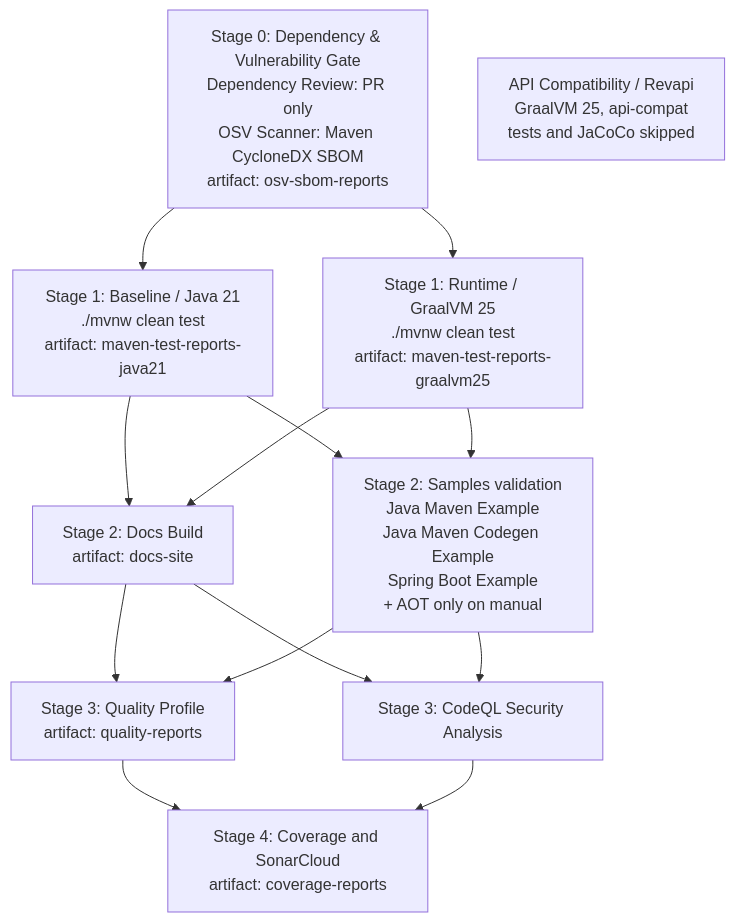
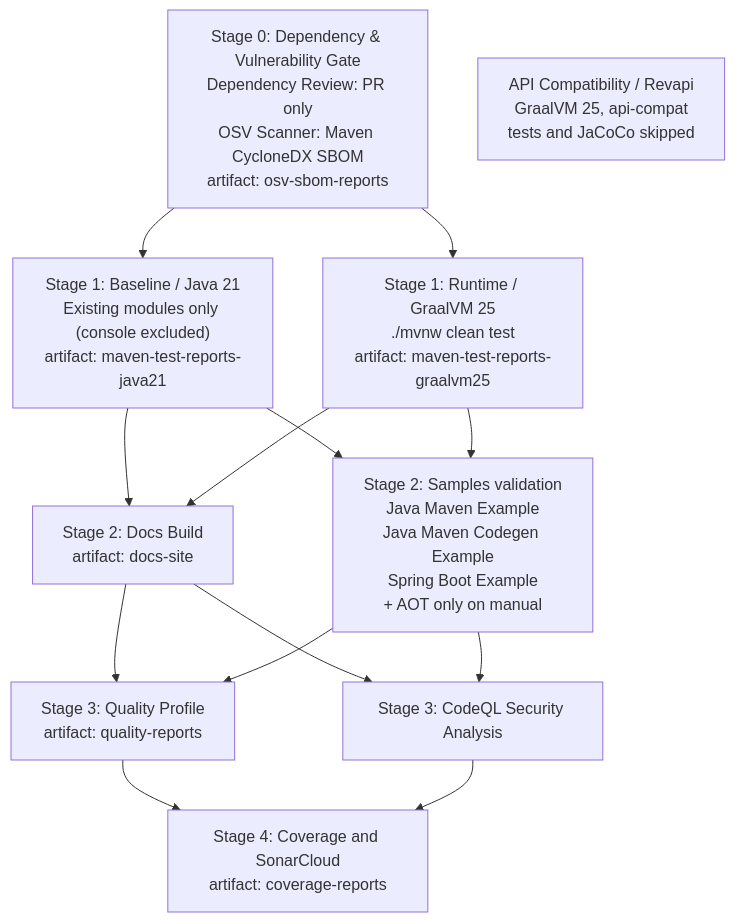
Before and after one commit to ih0r-d/polyglot-platform: the diagram in docs/developer-tooling.md, drawn with Mermaid. The commit also changed other lines of this file and 34 other files, not shown here.

````diff
--- a/docs/developer-tooling.md
+++ b/docs/developer-tooling.md
@@ -224,35 +230,35 @@
 ```mermaid
 flowchart TD
     DG["Stage 0: Dependency & Vulnerability Gate<br/>Dependency Review: PR only<br/>OSV Scanner: Maven CycloneDX SBOM<br/>artifact: osv-sbom-reports"]
 
-    J21["Stage 1: Baseline / Java 21<br/>./mvnw clean test<br/>artifact: maven-test-reports-java21"]
+    J21["Stage 1: Baseline / Java 21<br/>Existing modules only (console excluded)<br/>artifact: maven-test-reports-java21"]
     G25["Stage 1: Runtime / GraalVM 25<br/>./mvnw clean test<br/>artifact: maven-test-reports-graalvm25"]
 
     API["API Compatibility / Revapi<br/>GraalVM 25, api-compat<br/>tests and JaCoCo skipped"]
 
     DOCS["Stage 2: Docs Build<br/>artifact: docs-site"]
     SAMPLES["Stage 2: Samples validation<br/>Java Maven Example<br/>Java Maven Codegen Example<br/>Spring Boot Example<br/>+ AOT only on manual"]
 
     QP["Stage 3: Quality Profile<br/>artifact: quality-reports"]
     CQL["Stage 3: CodeQL Security Analysis"]
 
     SONAR["Stage 4: Coverage and SonarCloud<br/>artifact: coverage-reports"]
 
     DG --> J21
     DG --> G25
 
     J21 --> DOCS
     G25 --> DOCS
 
     J21 --> SAMPLES
     G25 --> SAMPLES
 
     DOCS --> QP
     SAMPLES --> QP
 
     DOCS --> CQL
     SAMPLES --> CQL
 
     QP --> SONAR
     CQL --> SONAR
 ```
````
